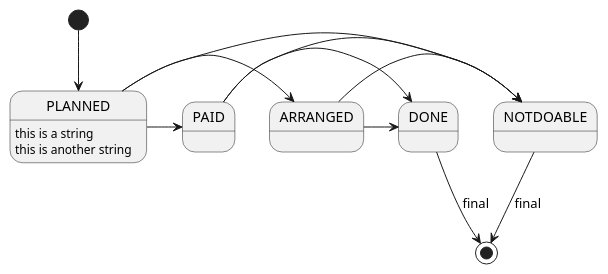
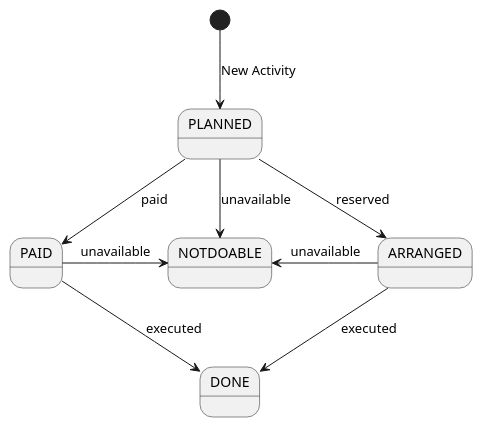
Before and after one commit to AIM-ENE-feb25/triptop-groep-3: the diagram in opdracht-diagrammen/C4 OntwerpVraag Jordy/StateDiagram.puml, drawn with PlantUML. The commit also changed 1 other file, not shown here.

Commit message:
State Diagram

```diff
--- a/opdracht-diagrammen/C4 OntwerpVraag Jordy/StateDiagram.puml
+++ b/opdracht-diagrammen/C4 OntwerpVraag Jordy/StateDiagram.puml
@@ -2,18 +2,13 @@
 @startuml
 
-[*] --> PLANNED
-PLANNED : this is a string
-PLANNED : this is another string
+[*] --> PLANNED : New Activity
 
-PLANNED -> PAID
-PLANNED -> ARRANGED
-PLANNED -> NOTDOABLE
-PAID -> NOTDOABLE
-PAID -> DONE
-ARRANGED -> NOTDOABLE
-ARRANGED -> DONE
-
-NOTDOABLE --> [*] : final
-DONE --> [*] : final
+PLANNED -down-> PAID : paid
+PLANNED -down-> NOTDOABLE : unavailable
+PLANNED -down-> ARRANGED : reserved
+PAID -right-> NOTDOABLE : unavailable
+PAID -down-> DONE : executed
+ARRANGED -left-> NOTDOABLE : unavailable
+ARRANGED -down-> DONE : executed
 
 @enduml
```
